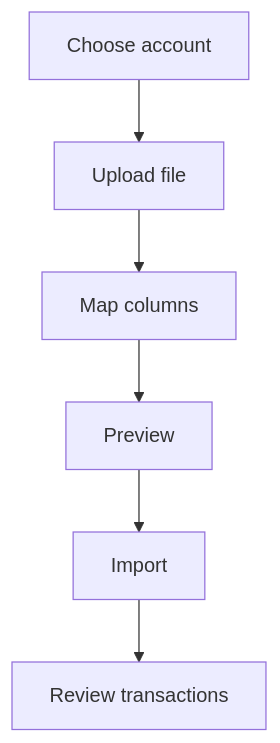
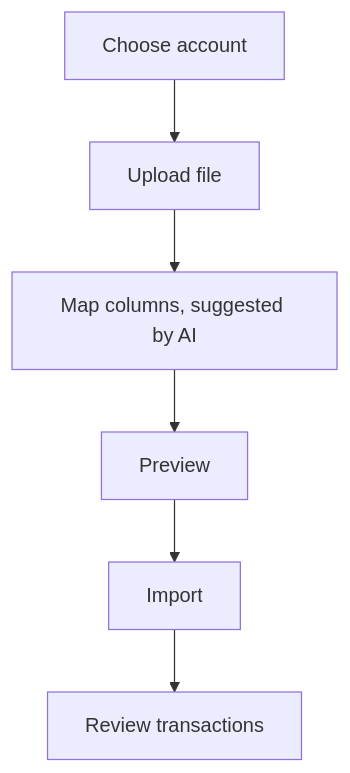
Before and after one commit to whisper-money/whisper-money: the first of 2 diagrams in resources/docs/documentation/20-your-data/20-transactions/20-import-en.md, drawn with Mermaid. The commit also changed other lines of this file and 32 other files, not shown here.

````diff
--- a/resources/docs/documentation/20-your-data/20-transactions/20-import-en.md
+++ b/resources/docs/documentation/20-your-data/20-transactions/20-import-en.md
@@ -22,9 +22,9 @@
 ```mermaid
 flowchart TD
     %% diagram: import-steps-en
     account[Choose account] --> file[Upload file]
-    file --> mapping[Map columns]
+    file --> mapping[Map columns, suggested by AI]
     mapping --> preview[Preview]
     preview --> import[Import]
     import --> review[Review transactions]
 ```
````
